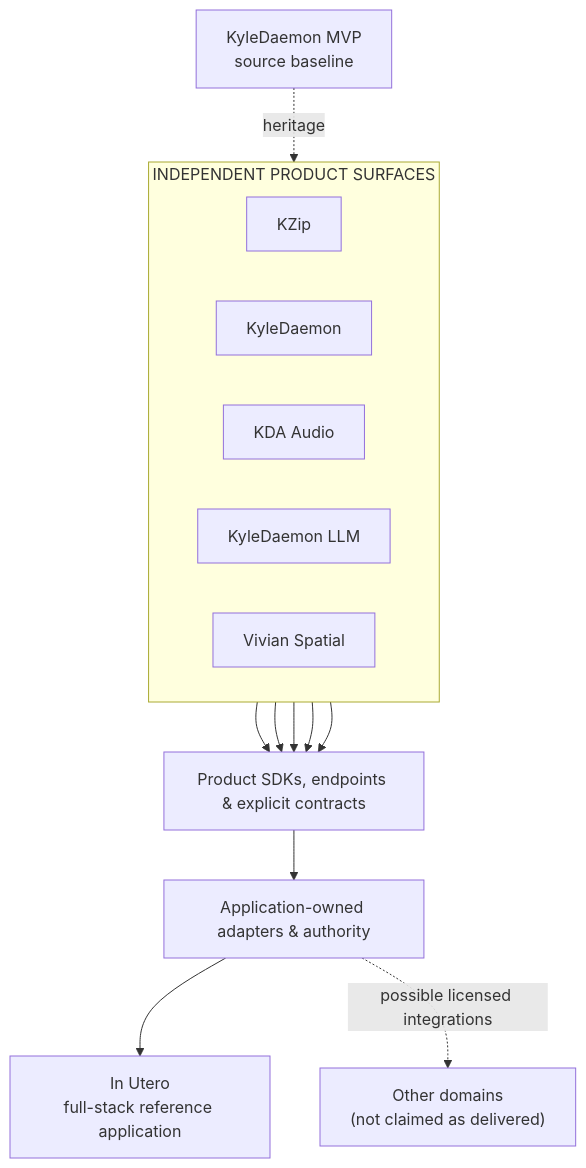
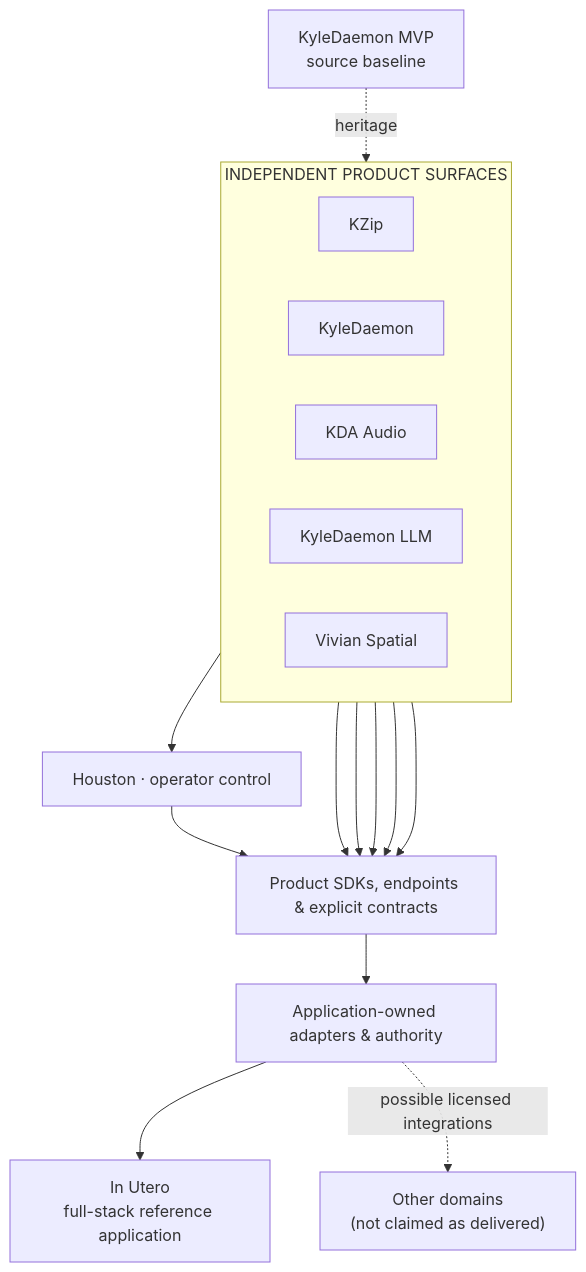
The diagram in README.md (Cuebster/Innerspace-Portfolio), drawn with Mermaid before and after one commit. The commit also changed other lines of this file and 3 other files, not shown here.

````diff
--- a/README.md
+++ b/README.md
@@ -39,20 +40,22 @@
 ```mermaid
 flowchart TB
     subgraph Products["INDEPENDENT PRODUCT SURFACES"]
         direction LR
         KZ["KZip"]
         KD["KyleDaemon"]
         AU["KDA Audio"]
         LM["KyleDaemon LLM"]
         VI["Vivian Spatial"]
     end
     BASE["KyleDaemon MVP<br/>source baseline"] -. "heritage" .-> KD
+    KZ --> HOU["Houston · operator control"]
+    HOU --> API
     KZ --> API["Product SDKs, endpoints & explicit contracts"]
     KD --> API
     AU --> API
     LM --> API
     VI --> API
     API --> AD["Application-owned adapters & authority"]
     AD --> REF["In Utero<br/>full-stack reference application"]
     AD -. "possible licensed integrations" .-> OTH["Other domains<br/>(not claimed as delivered)"]
 ```
````
